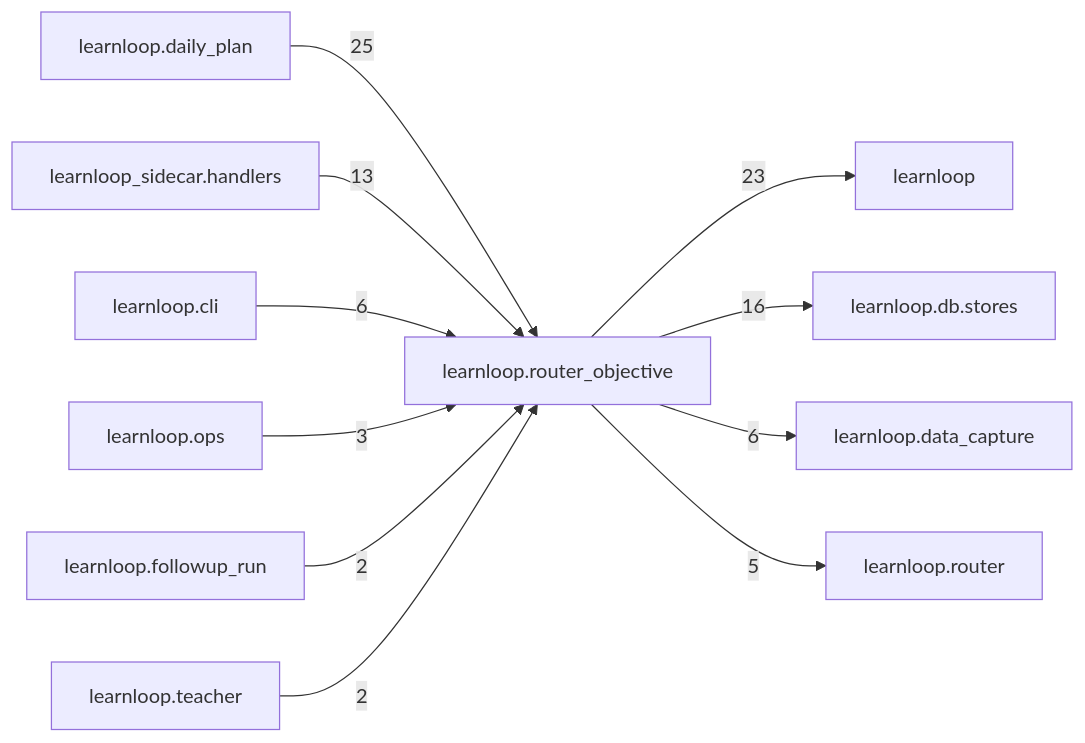
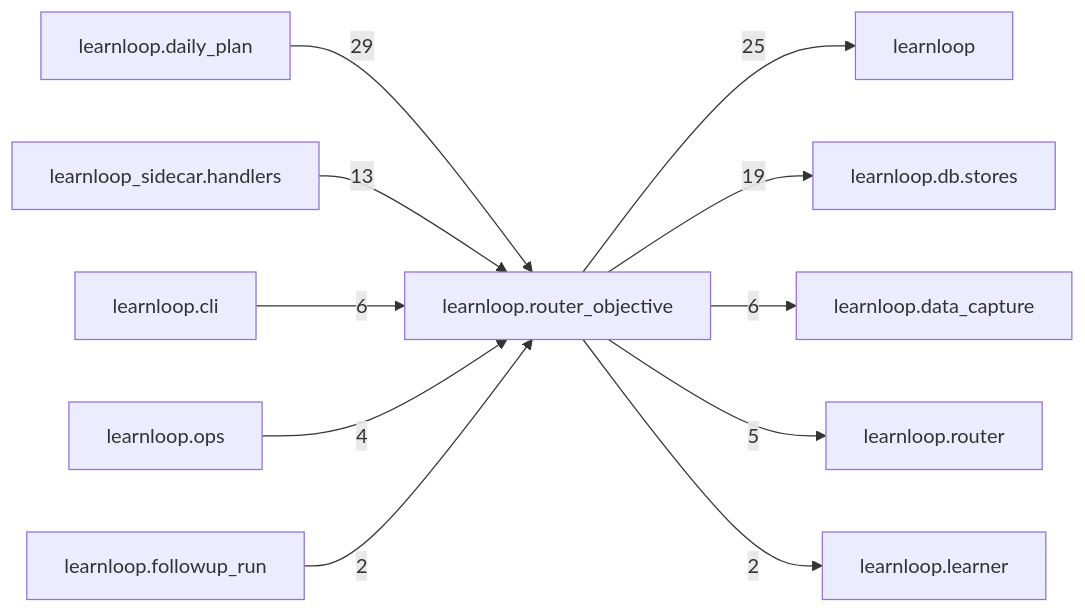
The diagram in docs/learnloop-architecture-vault/Reference/Modules/learnloop/router_objective/_package.md (6up-b/learnanything), drawn with Mermaid before and after one commit. The commit also changed other lines of this file and 542 other files, not shown here.

````diff
--- a/docs/learnloop-architecture-vault/Reference/Modules/learnloop/router_objective/_package.md
+++ b/docs/learnloop-architecture-vault/Reference/Modules/learnloop/router_objective/_package.md
@@ -144,24 +150,24 @@
 ```mermaid
 flowchart LR
     center["learnloop.router_objective"]
     n_learnloop_daily_plan["learnloop.daily_plan"]
     n_learnloop["learnloop"]
     n_learnloop_db_stores["learnloop.db.stores"]
     n_learnloop_sidecar_handlers["learnloop_sidecar.handlers"]
     n_learnloop_cli["learnloop.cli"]
     n_learnloop_data_capture["learnloop.data_capture"]
     n_learnloop_router["learnloop.router"]
     n_learnloop_ops["learnloop.ops"]
     n_learnloop_followup_run["learnloop.followup_run"]
-    n_learnloop_teacher["learnloop.teacher"]
-    n_learnloop_daily_plan -->|25| center
-    center -->|23| n_learnloop
-    center -->|16| n_learnloop_db_stores
+    n_learnloop_learner["learnloop.learner"]
+    n_learnloop_daily_plan -->|29| center
+    center -->|25| n_learnloop
+    center -->|19| n_learnloop_db_stores
     n_learnloop_sidecar_handlers -->|13| center
     n_learnloop_cli -->|6| center
     center -->|6| n_learnloop_data_capture
     center -->|5| n_learnloop_router
-    n_learnloop_ops -->|3| center
+    n_learnloop_ops -->|4| center
     n_learnloop_followup_run -->|2| center
-    n_learnloop_teacher -->|2| center
+    center -->|2| n_learnloop_learner
 ```
````
